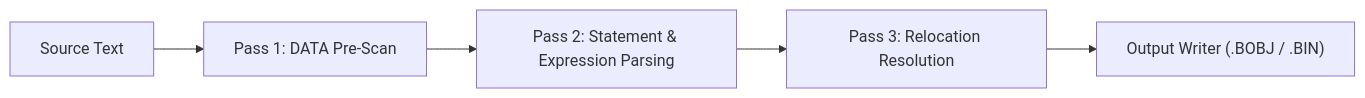
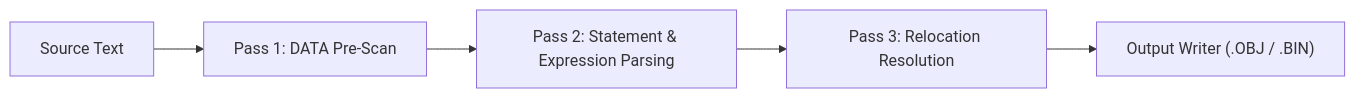
The second of 2 diagrams in docs/ARCHITECTURE.md (SSAdvisor/DEC), drawn with Mermaid before and after one commit. The commit also changed other lines of this file and 32 other files, not shown here.

````diff
--- a/docs/ARCHITECTURE.md
+++ b/docs/ARCHITECTURE.md
@@ -54,7 +54,7 @@
 ```mermaid
 flowchart LR
     SRC["Source Text"] --> PASS1["Pass 1: DATA Pre-Scan"]
     PASS1 --> PASS2["Pass 2: Statement & Expression Parsing"]
     PASS2 --> PASS3["Pass 3: Relocation Resolution"]
-    PASS3 --> EMIT["Output Writer (.BOBJ / .BIN)"]
+    PASS3 --> EMIT["Output Writer (.OBJ / .BIN)"]
 ```
````
